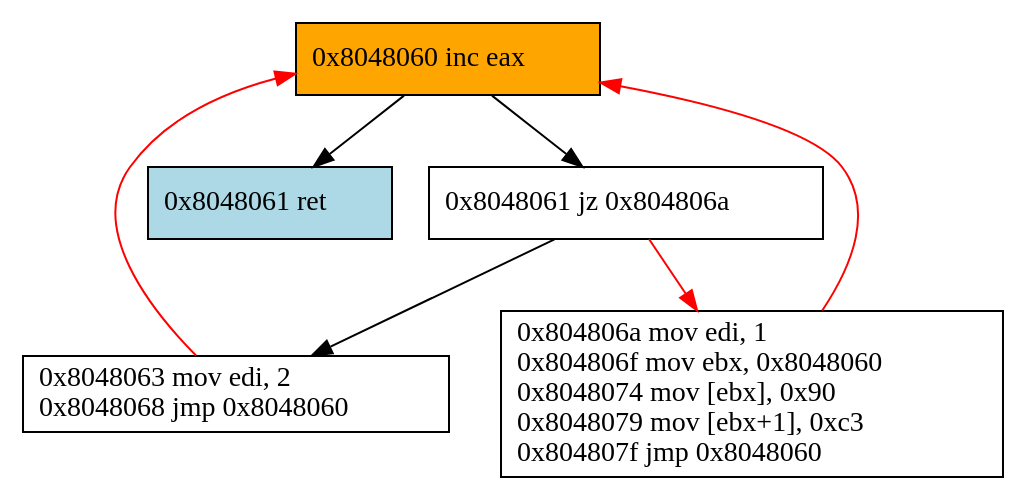
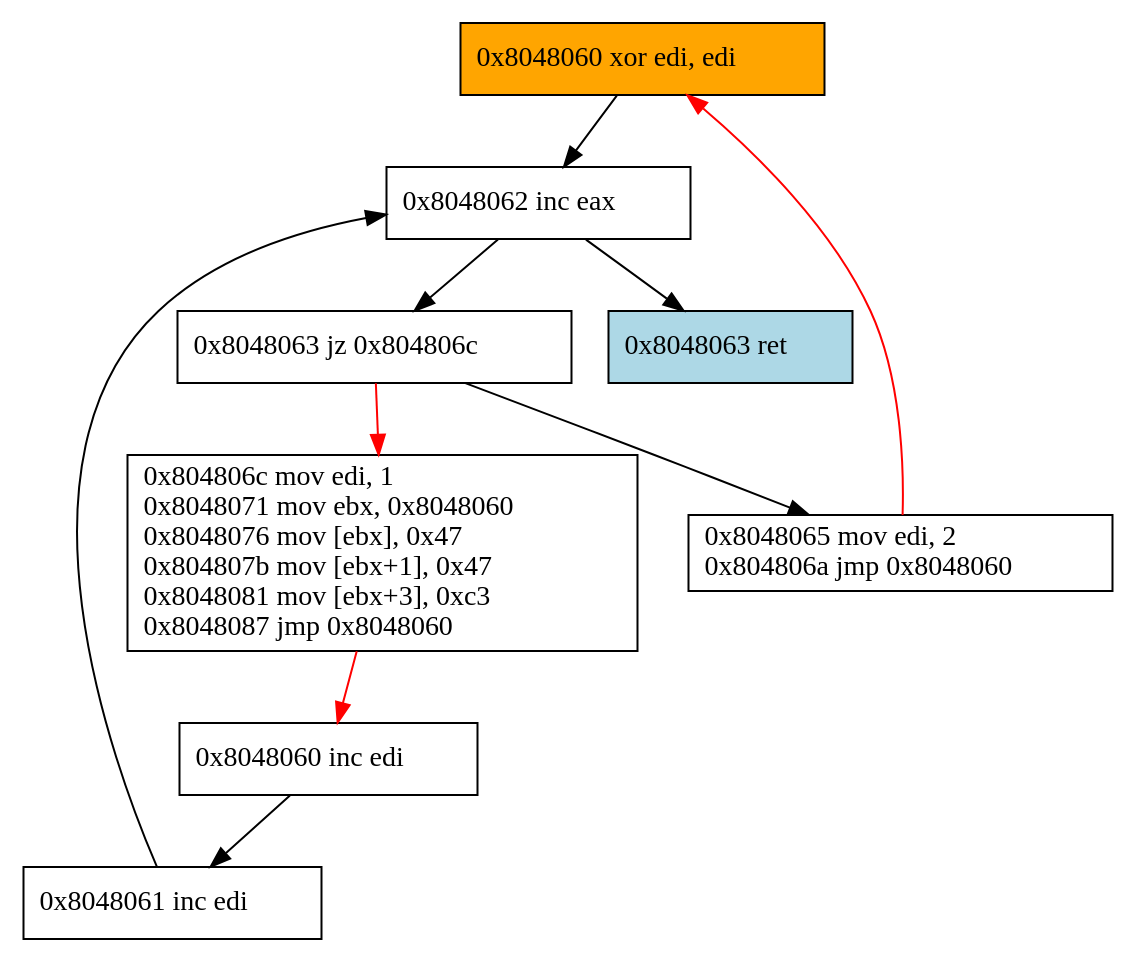
The diagram in supports/disas_sm/ex2_parfait.dot (yaps8/these), drawn with Graphviz before and after one commit. The commit also changed 6 other files, not shown here.

```diff
--- a/supports/disas_sm/ex2_parfait.dot
+++ b/supports/disas_sm/ex2_parfait.dot
@@ -1,14 +1,21 @@
 digraph G {
 labeljust=r
-"60" [labeljust=r,label="0x8048060 inc eax\l", shape=box, style="filled", fillcolor=orange]
-"61a" [labeljust=r,label="0x8048061 jz 0x804806a\l", shape=box, style="filled", fillcolor=white]
-"61b" [labeljust=r,label="0x8048061 ret\l", shape=box, style="filled", fillcolor=lightblue]
-"63" [labeljust=r,label="0x8048063 mov edi, 2\l0x8048068 jmp 0x8048060\l", shape=box, style="filled", fillcolor=white]
-"6a" [labeljust=r,label="0x804806a mov edi, 1 \l0x804806f mov ebx, 0x8048060 \l0x8048074 mov [ebx], 0x90 \l0x8048079 mov [ebx+1], 0xc3 \l0x804807f jmp 0x8048060\l", shape=box, style="filled", fillcolor=white]
-"60" -> "61a" [color=black]
-"60" -> "61b" [color=black]
-"61a" -> "6a" [color=red]
-"61a" -> "63" [color=black]
-"63" -> "60" [color=red]
-"6a" -> "60" [color=red]
+"60" [labeljust=r,label="0x8048060 xor edi, edi\l", shape=box, style="filled", fillcolor=orange]
+"60bis" [labeljust=r,label="0x8048060 inc edi\l", shape=box, style="filled", fillcolor=white]
+"61bis" [labeljust=r,label="0x8048061 inc edi\l", shape=box, style="filled", fillcolor=white]
+"62" [labeljust=r,label="0x8048062 inc eax\l", shape=box, style="filled", fillcolor=white]
+"63" [labeljust=r,label="0x8048063 jz 0x804806c\l", shape=box, style="filled", fillcolor=white]
+"63bis" [labeljust=r,label="0x8048063 ret\l", shape=box, style="filled", fillcolor=lightblue]
+"65" [labeljust=r,label="0x8048065 mov edi, 2\l0x804806a jmp 0x8048060\l", shape=box, style="filled", fillcolor=white]
+"6c" [labeljust=r,label="0x804806c mov edi, 1 \l0x8048071 mov ebx, 0x8048060 \l0x8048076 mov [ebx], 0x47 \l0x804807b mov [ebx+1], 0x47 \l0x8048081 mov [ebx+3], 0xc3\l0x8048087 jmp 0x8048060\l", shape=box, style="filled", fillcolor=white]
+"60" -> "62" [color=black]
+"62" -> "63" [color=black]
+"63" -> "65" [color=black]
+"63" -> "6c" [color=red]
+"65" -> "60" [color=red]
+"6c" -> "60bis" [color=red]
+"60bis" -> "61bis" [color=black]
+"61bis" -> "62" [color=black]
+"62" -> "63bis" [color=black]
+
 }
```
